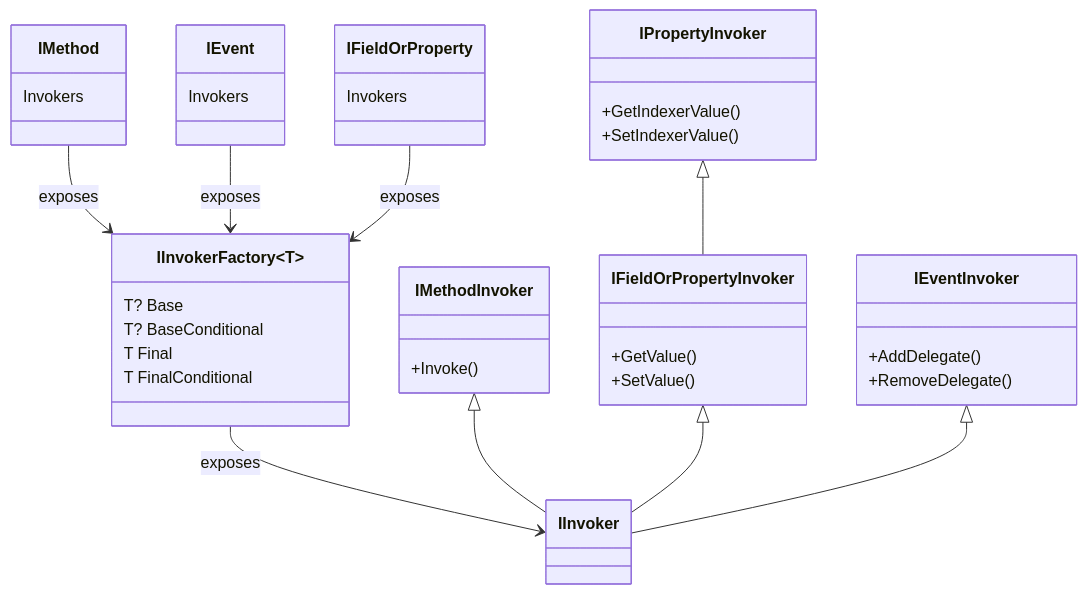
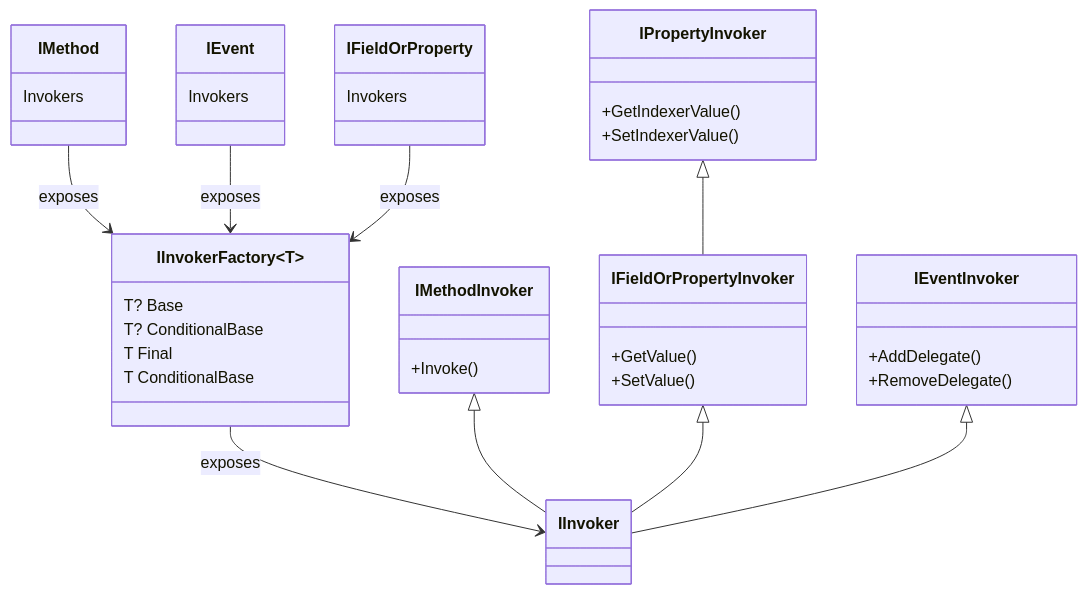
The diagram in docfx/namespaces/Caravela.Framework.Code.Invokers.md (postsharp/Metalama.Documentation), drawn with Mermaid before and after one commit. The commit also changed other lines of this file and 11 other files, not shown here.

````diff
--- a/docfx/namespaces/Caravela.Framework.Code.Invokers.md
+++ b/docfx/namespaces/Caravela.Framework.Code.Invokers.md
@@ -21,55 +21,55 @@
 ```mermaid
 classDiagram
 
 class IInvokerFactory~T~ {
    T? Base
-   T? BaseConditional
+   T? ConditionalBase
    T Final
-   T FinalConditional
+   T ConditionalBase
 }
 
 IInvokerFactory~T~ --> IInvoker: exposes
 
 IMethod --> IInvokerFactory~IMethodInvoker~: exposes
 IEvent --> IInvokerFactory~IEventInvoker~: exposes
 IFieldOrProperty --> IInvokerFactory~IFieldOrPropertyInvoker~: exposes
 
 IMethodInvoker <|-- IInvoker
 IFieldOrPropertyInvoker <|-- IInvoker
 IPropertyInvoker <|-- IFieldOrPropertyInvoker
 IEventInvoker <|-- IInvoker
 
 class IMethod {
    Invokers
 }
 
 class IEvent {
    Invokers
 }
 
 class IFieldOrProperty {
    Invokers
 }
 
 
 
 class IMethodInvoker {
  +Invoke()
 }
 
 class IFieldOrPropertyInvoker {
    +GetValue()
    +SetValue()
 }
 
 class IPropertyInvoker {
    +GetIndexerValue()
    +SetIndexerValue()
 }
 
 class IEventInvoker {
    +AddDelegate()
    +RemoveDelegate()
 }
 
 ```
````
